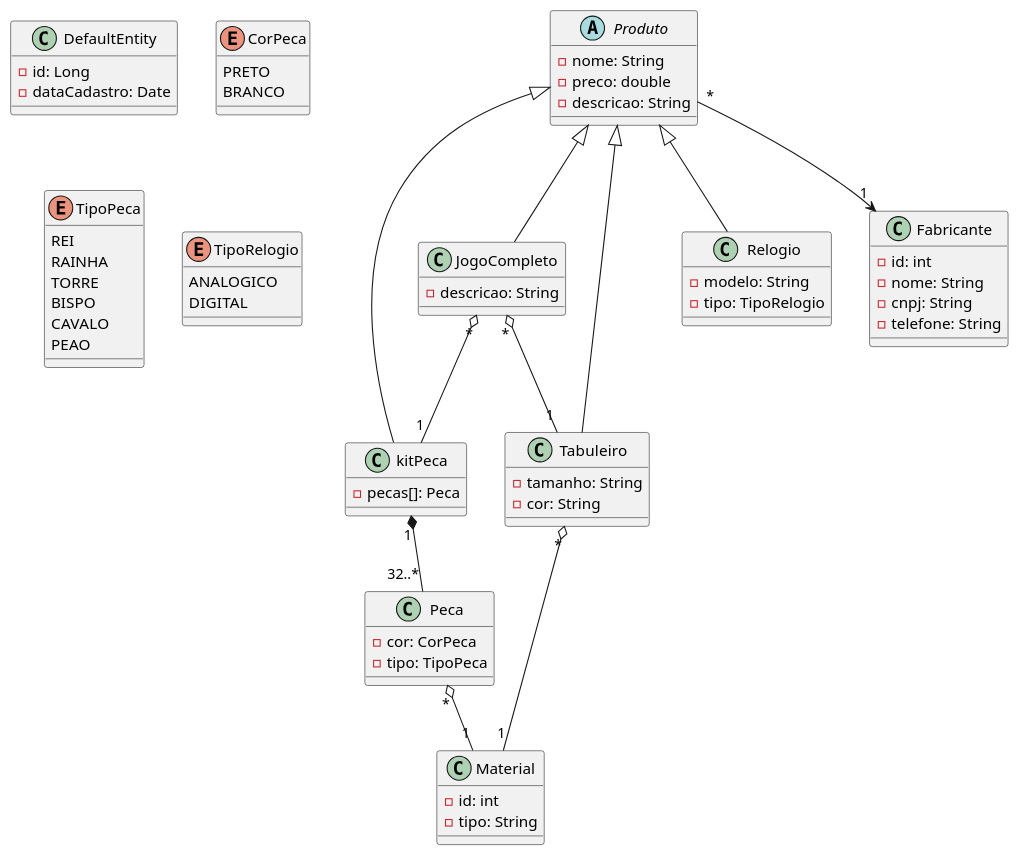
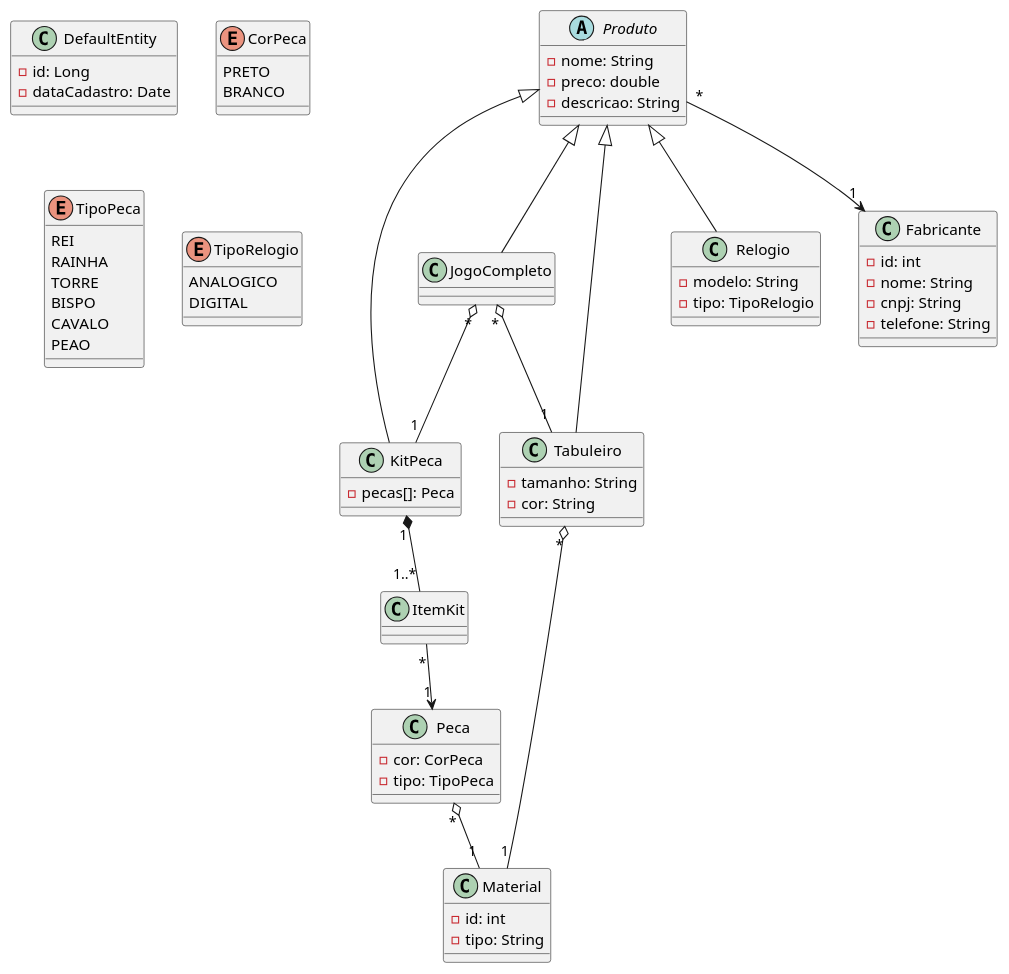
Before and after one commit to Gus7000/xadrez_e_comerce: the diagram in diagramas/diagramaClasses.plantuml, drawn with PlantUML. The commit also changed 46 other files, not shown here.

Commit message:
modificação do diagrama e criação de varios crud e enum

```diff
--- a/diagramas/diagramaClasses.plantuml
+++ b/diagramas/diagramaClasses.plantuml
@@ -1,85 +1,85 @@
 @startuml DiagramaClasses
 
 abstract class Produto {
     -nome: String
     -preco: double
     -descricao: String
 }
 class DefaultEntity{
     -id: Long
     -dataCadastro: Date
 }
 
 enum CorPeca {
     PRETO
     BRANCO
 }
 
 class Material {
     -id: int
     -tipo: String
 }
 
 class Peca {
     -cor: CorPeca
     -tipo: TipoPeca
 }
-class kitPeca {
+class KitPeca {
     -pecas[]: Peca
 }
 enum TipoPeca {
     REI
     RAINHA
     TORRE
     BISPO
     CAVALO
     PEAO
 }
 
 class Tabuleiro {
     -tamanho: String
     -cor: String
 }
 
 class Relogio {
     -modelo: String
     -tipo: TipoRelogio
 }
 enum TipoRelogio {
     ANALOGICO
     DIGITAL
 }
 class JogoCompleto {
-    -descricao: String
 }
 
 class Fabricante {
     -id: int
     -nome: String
     -cnpj: String
     -telefone: String
 }
 
 '---------------- HERANÇA ----------------
 
-Produto <|-- kitPeca
+Produto <|-- KitPeca
 Produto <|-- Tabuleiro
 Produto <|-- Relogio
 Produto <|-- JogoCompleto
 
 '---------------- COMPOSIÇÃO ----------------
 
-kitPeca "1" *-- "32..*" Peca
+KitPeca "1" *-- "1..*" ItemKit
+ItemKit "*" --> "1" Peca
 
 '---------------- AGREGAÇÃO ----------------
 JogoCompleto "*" o-- "1" Tabuleiro
-JogoCompleto "*" o-- "1" kitPeca
+JogoCompleto "*" o-- "1" KitPeca
 
 Peca "*" o-- "1" Material
 Tabuleiro "*" o-- "1" Material
 
 '---------------- ASSOCIAÇÃO ----------------
 
 Produto "*" --> "1" Fabricante
 
 @enduml
```
